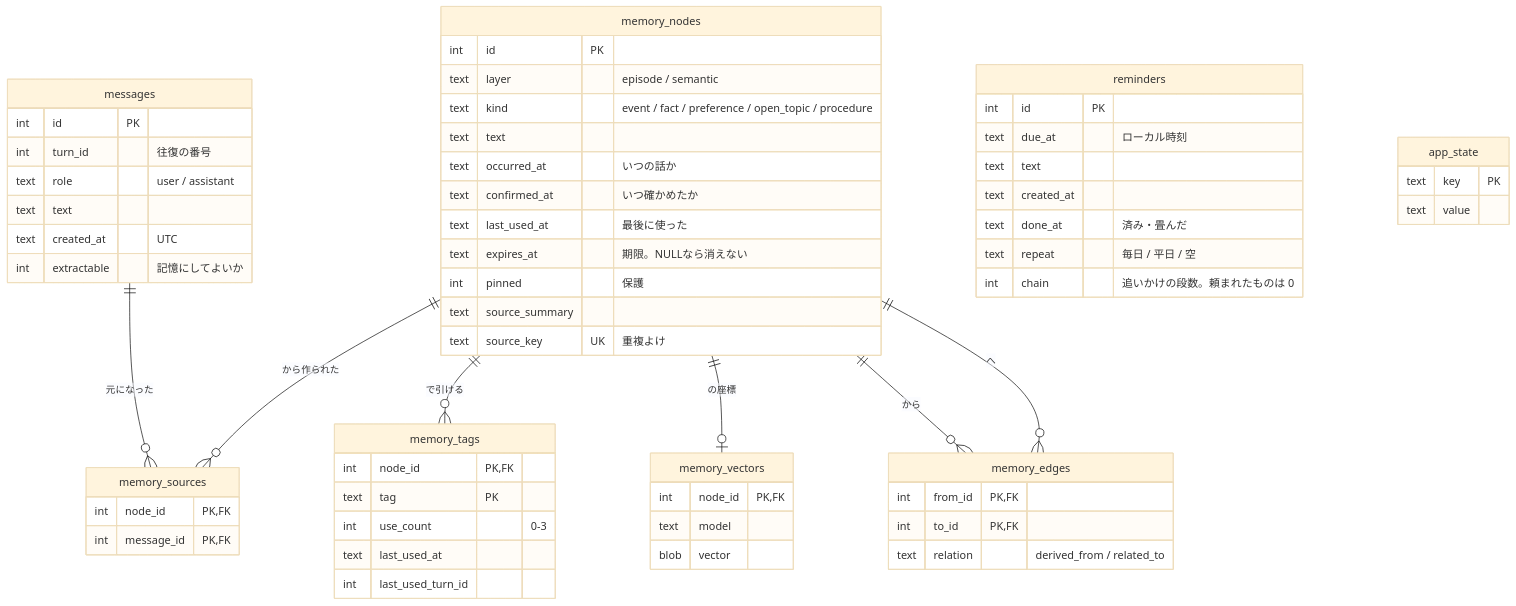
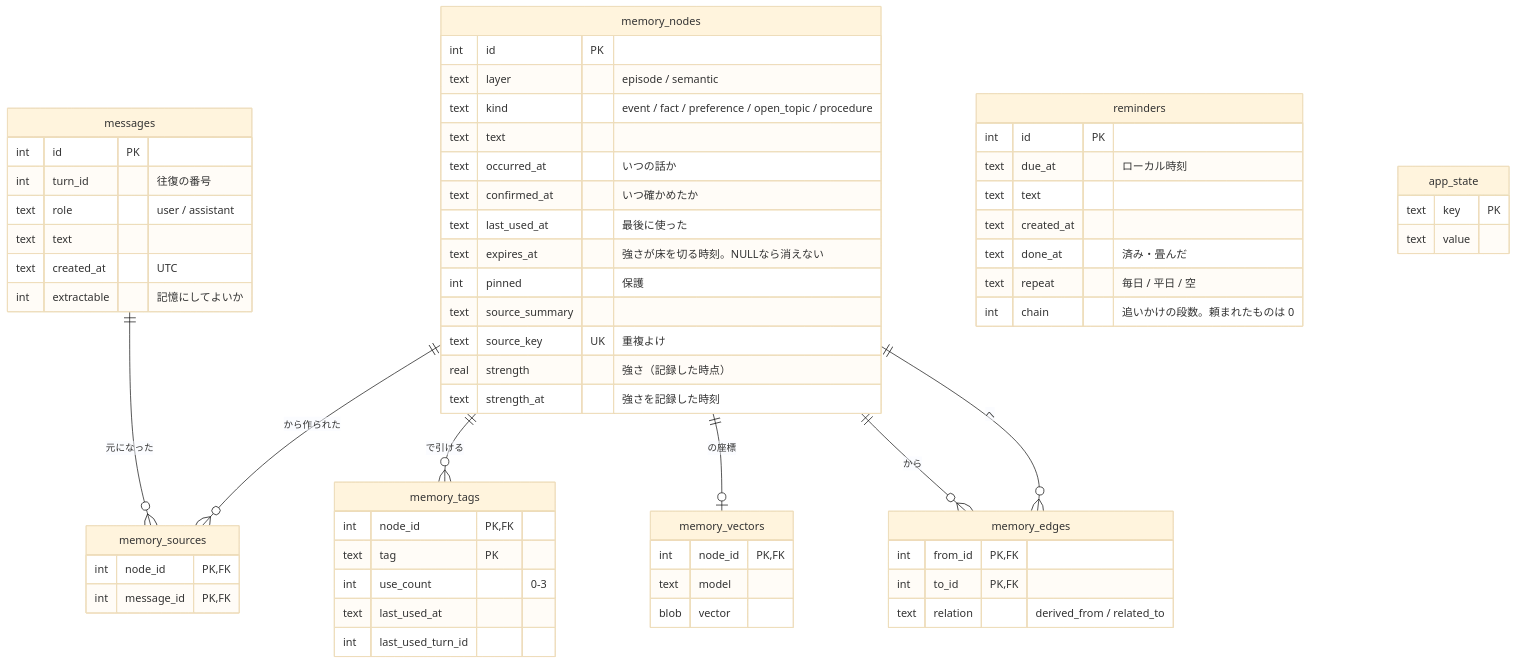
Before and after one commit to shoya44/kotoha: the diagram in docs/06_データベース.md, drawn with Mermaid (base theme). The commit also changed other lines of this file and 15 other files, not shown here.

````diff
--- a/docs/06_データベース.md
+++ b/docs/06_データベース.md
@@ -7,65 +7,67 @@
 ```mermaid
 erDiagram
     messages ||--o{ memory_sources : "元になった"
     memory_nodes ||--o{ memory_sources : "から作られた"
     memory_nodes ||--o{ memory_tags : "で引ける"
     memory_nodes ||--o| memory_vectors : "の座標"
     memory_nodes ||--o{ memory_edges : "から"
     memory_nodes ||--o{ memory_edges : "へ"
 
     messages {
         int id PK
         int turn_id "往復の番号"
         text role "user / assistant"
         text text
         text created_at "UTC"
         int extractable "記憶にしてよいか"
     }
     memory_nodes {
         int id PK
         text layer "episode / semantic"
         text kind "event / fact / preference / open_topic / procedure"
         text text
         text occurred_at "いつの話か"
         text confirmed_at "いつ確かめたか"
         text last_used_at "最後に使った"
-        text expires_at "期限。NULLなら消えない"
+        text expires_at "強さが床を切る時刻。NULLなら消えない"
         int pinned "保護"
         text source_summary
         text source_key UK "重複よけ"
+        real strength "強さ（記録した時点）"
+        text strength_at "強さを記録した時刻"
     }
     memory_tags {
         int node_id PK, FK
         text tag PK
         int use_count "0-3"
         text last_used_at
         int last_used_turn_id
     }
     memory_edges {
         int from_id PK, FK
         int to_id PK, FK
         text relation "derived_from / related_to"
     }
     memory_vectors {
         int node_id PK, FK
         text model
         blob vector
     }
     memory_sources {
         int node_id PK, FK
         int message_id PK, FK
     }
     reminders {
         int id PK
         text due_at "ローカル時刻"
         text text
         text created_at
         text done_at "済み・畳んだ"
         text repeat "毎日 / 平日 / 空"
         int chain "追いかけの段数。頼まれたものは 0"
     }
     app_state {
         text key PK
         text value
     }
 ```
````
